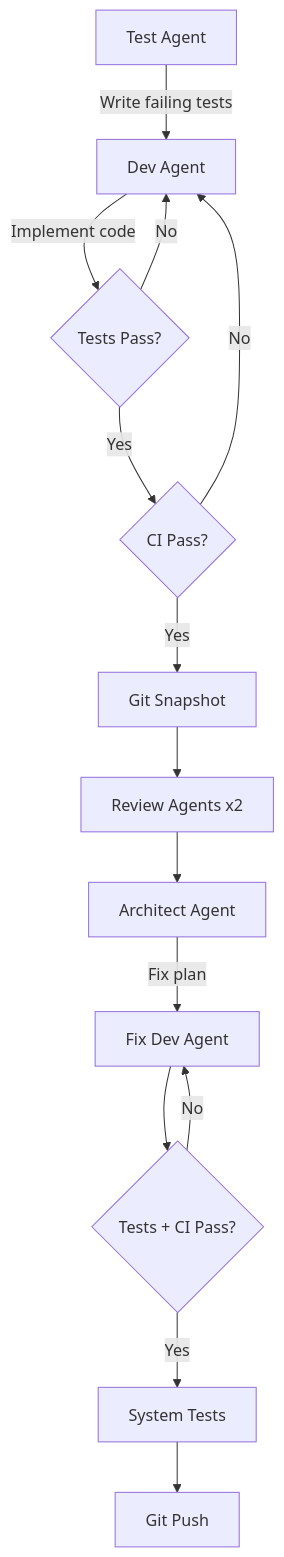
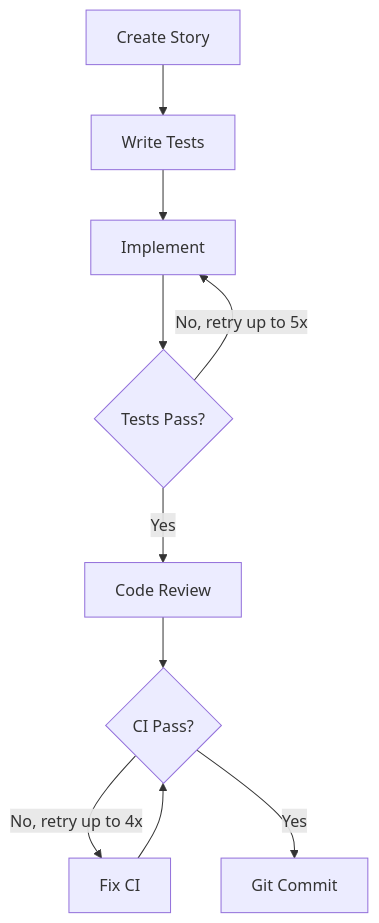
One commit to dmalcorn/shipyard changed the second of 2 diagrams in gauntlet_docs/users-guide.md. Above: the diagram before and after it, drawn with Mermaid. The commit also changed other lines of this file and 65 other files, not shown here.

````diff
--- a/gauntlet_docs/users-guide.md
+++ b/gauntlet_docs/users-guide.md
@@ -462,16 +520,12 @@
 ```mermaid
 flowchart TD
-    A[Test Agent] -->|Write failing tests| B[Dev Agent]
-    B -->|Implement code| C{Tests Pass?}
-    C -->|No| B
-    C -->|Yes| D{CI Pass?}
-    D -->|No| B
-    D -->|Yes| E[Git Snapshot]
-    E --> F[Review Agents x2]
-    F --> G[Architect Agent]
-    G -->|Fix plan| H[Fix Dev Agent]
-    H --> I{Tests + CI Pass?}
-    I -->|Yes| J[System Tests]
-    J --> K[Git Push]
-    I -->|No| H
+    A[Create Story] --> B[Write Tests]
+    B --> C[Implement]
+    C --> D{Tests Pass?}
+    D -->|No, retry up to 5x| C
+    D -->|Yes| E[Code Review]
+    E --> F{CI Pass?}
+    F -->|No, retry up to 4x| G[Fix CI]
+    G --> F
+    F -->|Yes| H[Git Commit]
 ```
````
